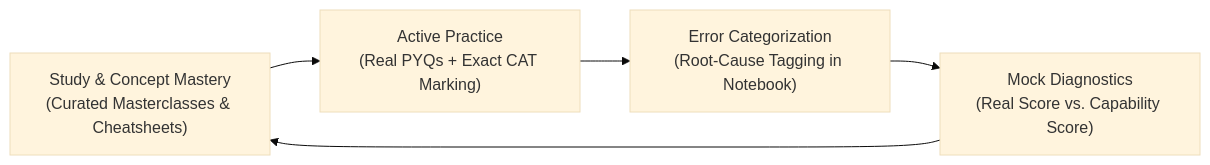
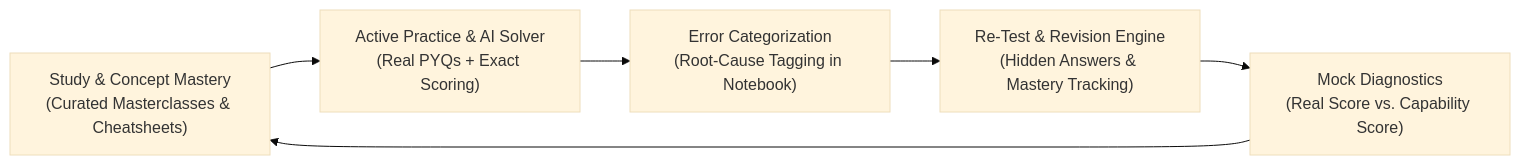
One commit to sarathithikkatt/CatPrep changed the diagram in README.md. Above: the diagram before and after it, drawn with Mermaid (base theme). The commit also changed other lines of this file and 5 other files, not shown here.

Commit message:
docs: overhaul README, Plan, Requirement specs with Firebase Cloud Sync, Gemini AI solver, and multi-exam architecture

````diff
--- a/README.md
+++ b/README.md
@@ -59,7 +68,8 @@
 ```mermaid
 flowchart LR
-    A["Study & Concept Mastery\n(Curated Masterclasses & Cheatsheets)"] --> B["Active Practice\n(Real PYQs + Exact CAT Marking)"]
+    A["Study & Concept Mastery\n(Curated Masterclasses & Cheatsheets)"] --> B["Active Practice & AI Solver\n(Real PYQs + Exact Scoring)"]
     B --> C["Error Categorization\n(Root-Cause Tagging in Notebook)"]
-    C --> D["Mock Diagnostics\n(Real Score vs. Capability Score)"]
-    D --> A
+    C --> D["Re-Test & Revision Engine\n(Hidden Answers & Mastery Tracking)"]
+    D --> E["Mock Diagnostics\n(Real Score vs. Capability Score)"]
+    E --> A
 ```
````
